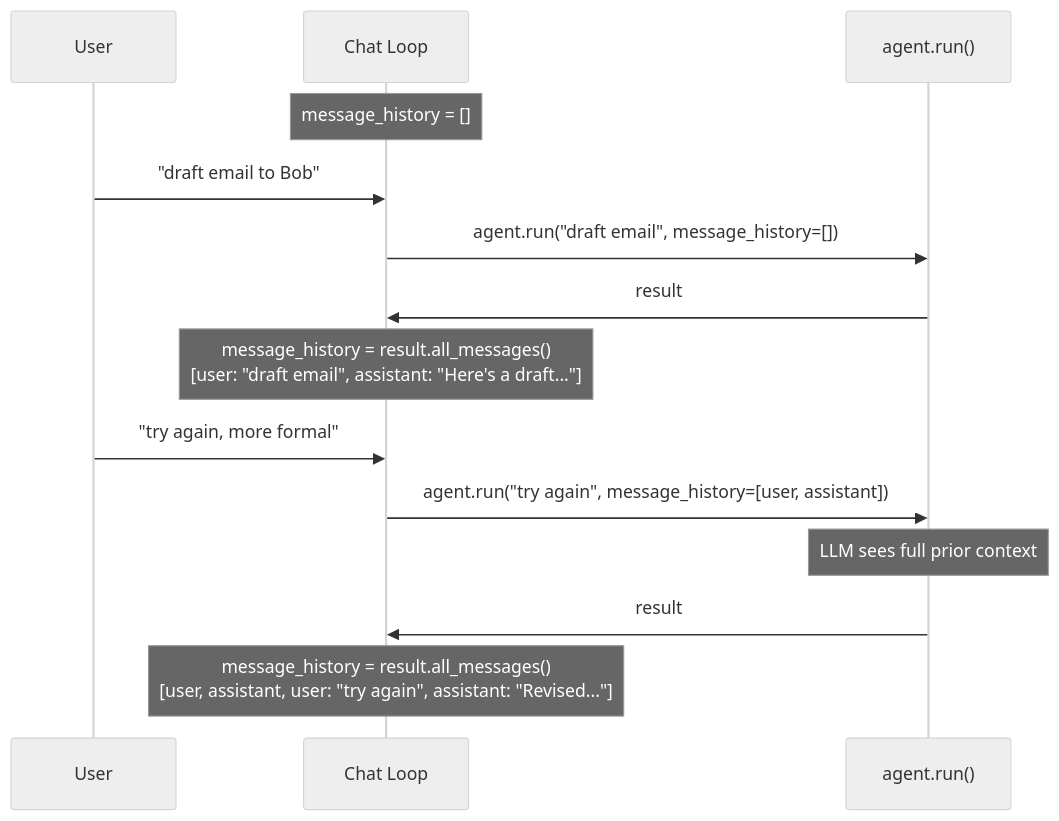
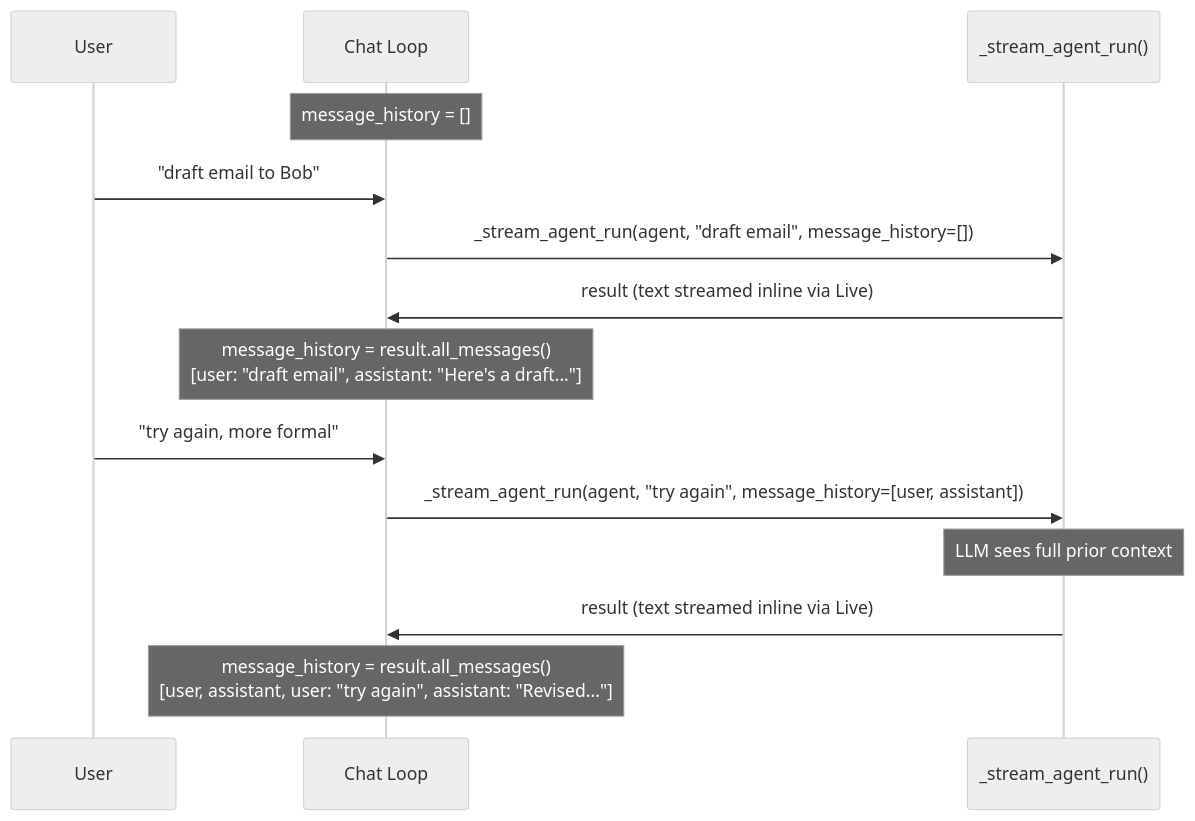
One commit to binlecode/co-cli changed the ninth of 10 diagrams in docs/DESIGN-co-cli.md. Above: the diagram before and after it, drawn with Mermaid (neutral theme). The commit also changed other lines of this file and 8 other files, not shown here.

````diff
--- a/docs/DESIGN-co-cli.md
+++ b/docs/DESIGN-co-cli.md
@@ -993,19 +996,19 @@
 ```mermaid
 sequenceDiagram
     participant User
     participant CLI as Chat Loop
-    participant Agent as agent.run()
+    participant Agent as _stream_agent_run()
 
     Note over CLI: message_history = []
 
     User->>CLI: "draft email to Bob"
-    CLI->>Agent: agent.run("draft email", message_history=[])
-    Agent->>CLI: result
+    CLI->>Agent: _stream_agent_run(agent, "draft email", message_history=[])
+    Agent->>CLI: result (text streamed inline via Live)
     Note over CLI: message_history = result.all_messages()<br/>[user: "draft email", assistant: "Here's a draft..."]
 
     User->>CLI: "try again, more formal"
-    CLI->>Agent: agent.run("try again", message_history=[user, assistant])
+    CLI->>Agent: _stream_agent_run(agent, "try again", message_history=[user, assistant])
     Note over Agent: LLM sees full prior context
-    Agent->>CLI: result
+    Agent->>CLI: result (text streamed inline via Live)
     Note over CLI: message_history = result.all_messages()<br/>[user, assistant, user: "try again", assistant: "Revised..."]
 ```
````
